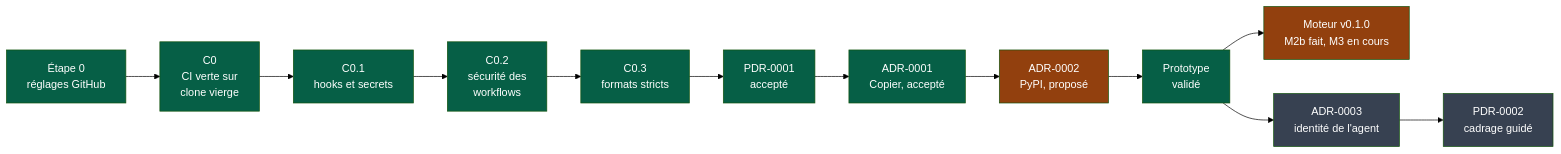
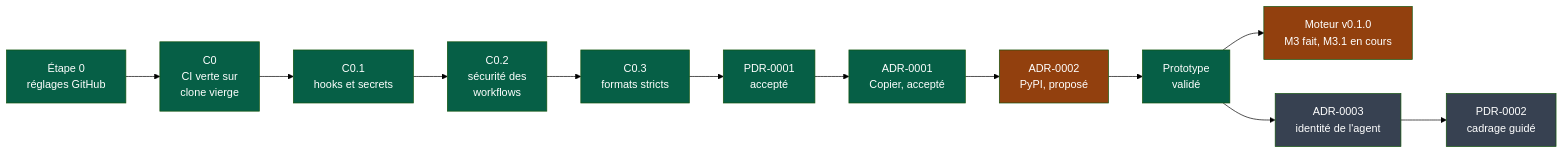
Before and after one commit to NapkinStack/engineering-os: the first of 2 diagrams in docs/governance/chantiers.md, drawn with Mermaid (forest theme). The commit also changed other lines of this file and 7 other files, not shown here.

````diff
--- a/docs/governance/chantiers.md
+++ b/docs/governance/chantiers.md
@@ -10,19 +10,19 @@
 ```mermaid
 flowchart LR
     S0["Étape 0<br/>réglages GitHub"]:::fait --> C0["C0<br/>CI verte sur<br/>clone vierge"]:::fait
     C0 --> C01["C0.1<br/>hooks et secrets"]:::fait
     C01 --> C02["C0.2<br/>sécurité des<br/>workflows"]:::fait
     C02 --> C03["C0.3<br/>formats stricts"]:::fait
     C03 --> PDR["PDR-0001<br/>accepté"]:::fait
     PDR --> A1["ADR-0001<br/>Copier, accepté"]:::fait
     A1 --> A2["ADR-0002<br/>PyPI, proposé"]:::partiel
     A2 --> PT["Prototype<br/>validé"]:::fait
-    PT --> RP["Moteur v0.1.0<br/>M2b fait, M3 en cours"]:::partiel
+    PT --> RP["Moteur v0.1.0<br/>M3 fait, M3.1 en cours"]:::partiel
     PT --> A3["ADR-0003<br/>identité de l'agent"]:::afaire
     A3 --> P2["PDR-0002<br/>cadrage guidé"]:::afaire
 
     classDef fait fill:#065f46,color:#fff
     classDef partiel fill:#92400e,color:#fff
     classDef afaire fill:#374151,color:#fff
     classDef bloque fill:#7c2d12,color:#fff
 ```
````
